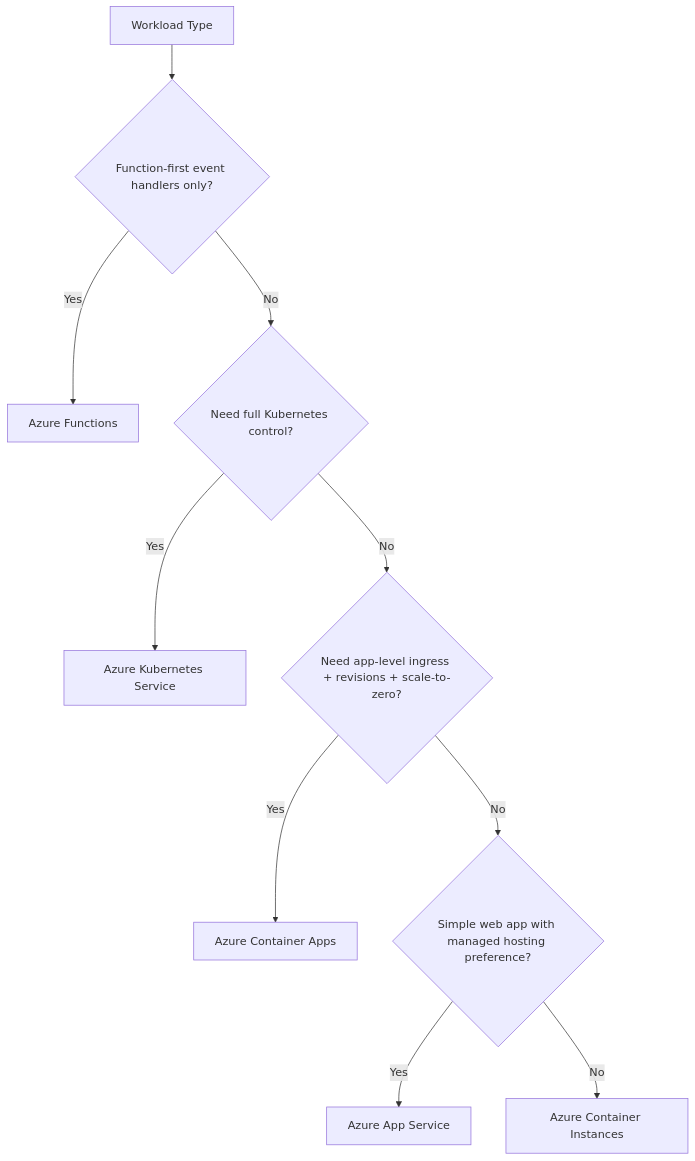
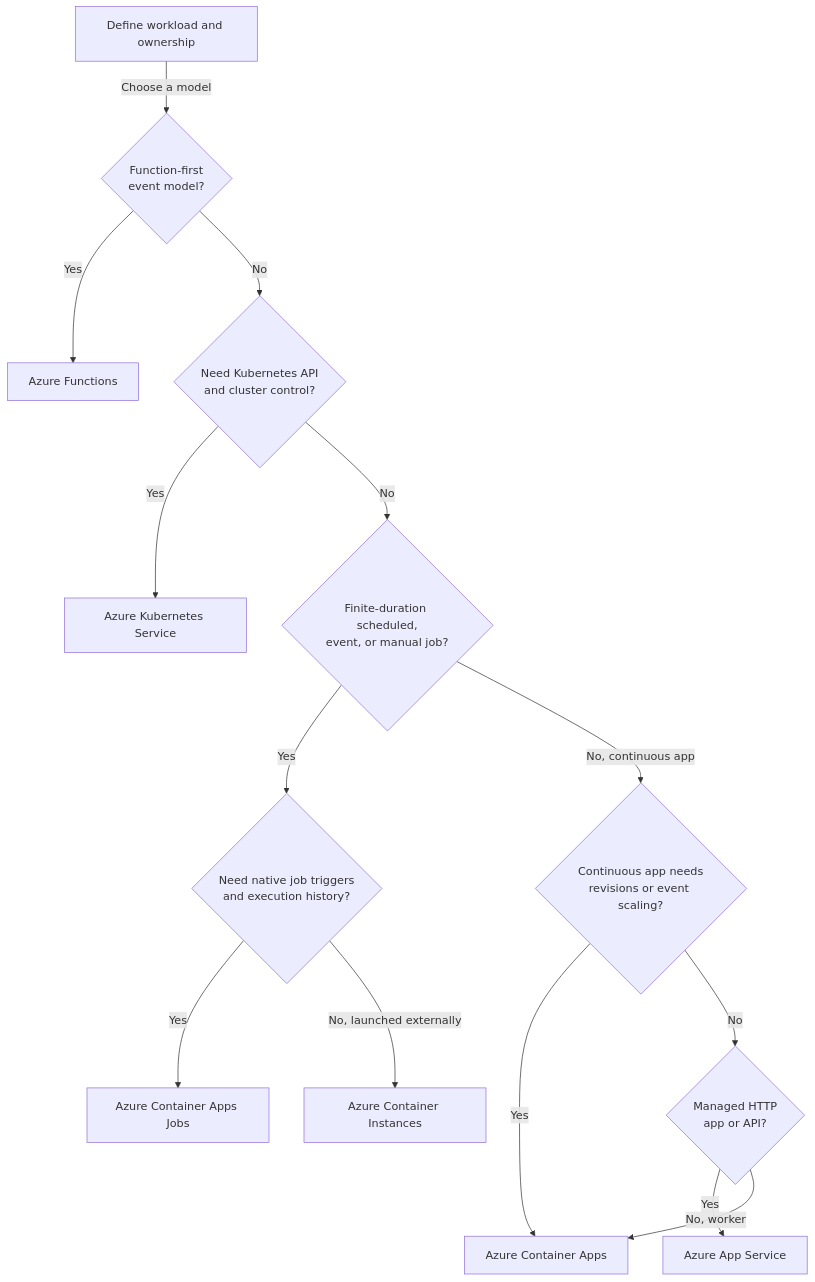
The second of 2 diagrams in docs/start-here/when-to-use-container-apps.md (yeongseon/azure-container-apps-practical-guide), drawn with Mermaid before and after one commit. The commit also changed other lines of this file and 6 other files, not shown here.

First line of the commit message:
docs(diagrams): migrate Start Here diagrams (#633)

````diff
--- a/docs/start-here/when-to-use-container-apps.md
+++ b/docs/start-here/when-to-use-container-apps.md
@@ -118,12 +130,33 @@
 ```mermaid
 flowchart TD
-    A[Workload Type] --> B{Function-first event handlers only?}
-    B -->|Yes| F[Azure Functions]
-    B -->|No| C{Need full Kubernetes control?}
-    C -->|Yes| K[Azure Kubernetes Service]
-    C -->|No| D{Need app-level ingress + revisions + scale-to-zero?}
-    D -->|Yes| CA[Azure Container Apps]
-    D -->|No| E{Simple web app with managed hosting preference?}
-    E -->|Yes| AS[Azure App Service]
-    E -->|No| ACI[Azure Container Instances]
+    accTitle: Choose an Azure application or container compute service
+    accDescr: After the function-model and Kubernetes-control checks, separate finite-duration jobs from continuously running applications. Prefer Container Apps Jobs for native manual, scheduled, or event-driven job execution, Container Instances for isolated run-once work launched externally, Container Apps for managed continuous container applications that need revisions or event scaling, App Service for managed web applications, Functions for a function-first model, or AKS for direct Kubernetes control.
+
+    START[Define workload and ownership]
+    FUNCTION{Function-first<br/>event model?}
+    KUBERNETES{Need Kubernetes API<br/>and cluster control?}
+    FINITE_JOB{Finite-duration scheduled,<br/>event, or manual job?}
+    MANAGED_JOB{Need native job triggers<br/>and execution history?}
+    MANAGED_APP{Continuous app needs<br/>revisions or event scaling?}
+    WEB{Managed HTTP<br/>app or API?}
+    FUNCTIONS[Azure Functions]
+    AKS[Azure Kubernetes Service]
+    CONTAINER_APPS[Azure Container Apps]
+    APP_SERVICE[Azure App Service]
+    CONTAINER_APPS_JOBS[Azure Container Apps Jobs]
+    ACI[Azure Container Instances]
+
+    START -->|Choose a model| FUNCTION
+    FUNCTION -->|Yes| FUNCTIONS
+    FUNCTION -->|No| KUBERNETES
+    KUBERNETES -->|Yes| AKS
+    KUBERNETES -->|No| FINITE_JOB
+    FINITE_JOB -->|Yes| MANAGED_JOB
+    FINITE_JOB -->|No, continuous app| MANAGED_APP
+    MANAGED_JOB -->|Yes| CONTAINER_APPS_JOBS
+    MANAGED_JOB -->|No, launched externally| ACI
+    MANAGED_APP -->|Yes| CONTAINER_APPS
+    MANAGED_APP -->|No| WEB
+    WEB -->|Yes| APP_SERVICE
+    WEB -->|No, worker| CONTAINER_APPS
 ```
````
